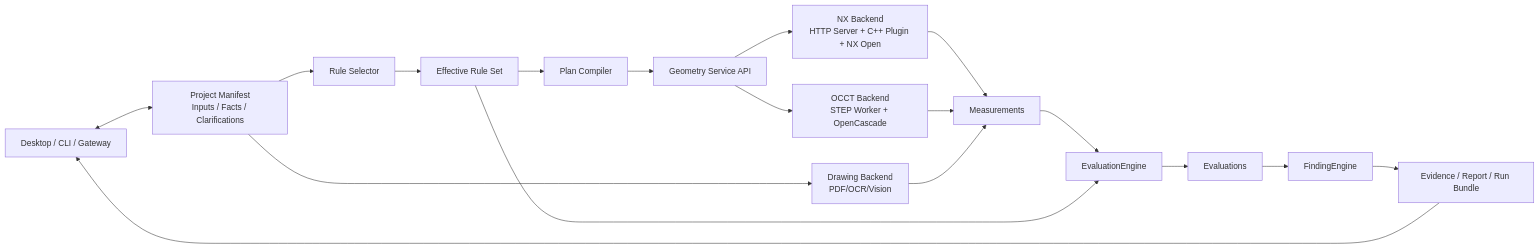
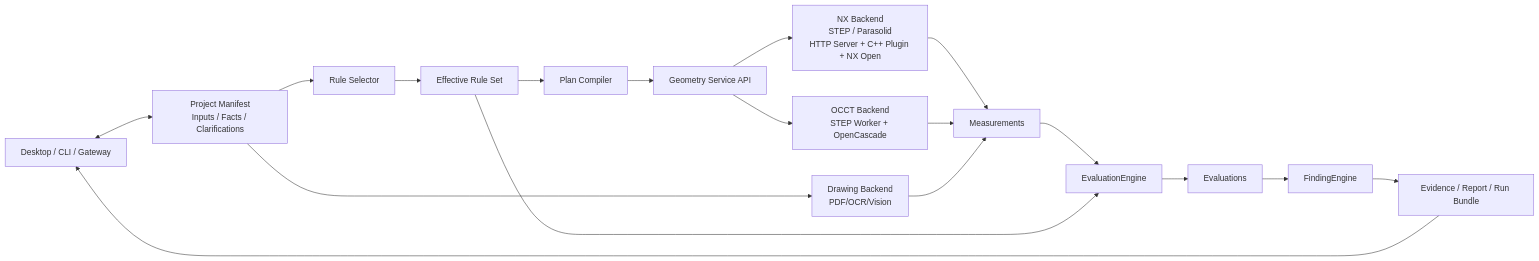
One commit to 1004860611/hermes-agent changed the diagram in docs/plans/2026-07-13-dfm-hermes-agent-development-roadmap.md. Above: the diagram before and after it, drawn with Mermaid. The commit also changed other lines of this file and 36 other files, not shown here.

````diff
--- a/docs/plans/2026-07-13-dfm-hermes-agent-development-roadmap.md
+++ b/docs/plans/2026-07-13-dfm-hermes-agent-development-roadmap.md
@@ -107,26 +108,26 @@
 ```mermaid
 flowchart LR
     UI[Desktop / CLI / Gateway]
     PRJ[Project Manifest<br/>Inputs / Facts / Clarifications]
     RS[Rule Selector]
     ER[Effective Rule Set]
     PC[Plan Compiler]
     GS[Geometry Service API]
-    NX[NX Backend<br/>HTTP Server + C++ Plugin + NX Open]
+    NX[NX Backend<br/>STEP / Parasolid<br/>HTTP Server + C++ Plugin + NX Open]
     OCC[OCCT Backend<br/>STEP Worker + OpenCascade]
     DR[Drawing Backend<br/>PDF/OCR/Vision]
     MEAS[Measurements]
     EE[EvaluationEngine]
     EVAL[Evaluations]
     FE[FindingEngine]
     OUT[Evidence / Report / Run Bundle]
 
     UI <--> PRJ
     PRJ --> RS --> ER --> PC
     PC --> GS
     GS --> NX --> MEAS
     GS --> OCC --> MEAS
     PRJ --> DR --> MEAS
     MEAS --> EE
     ER --> EE --> EVAL --> FE --> OUT --> UI
 ```
````
